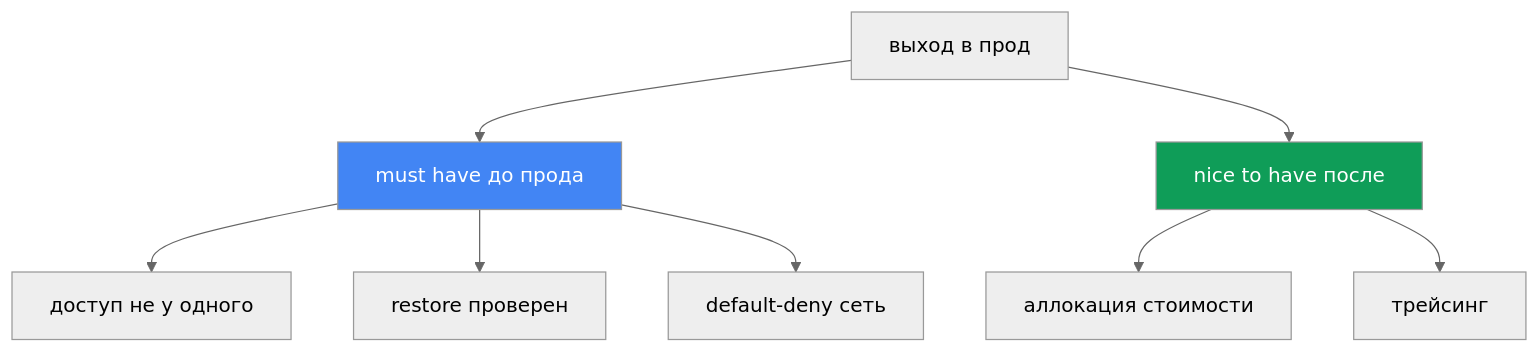
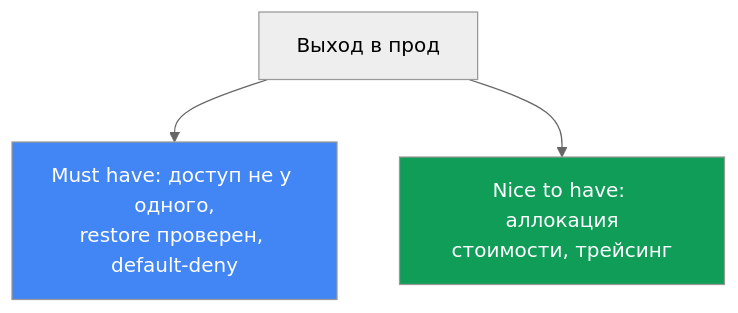
One commit to ViktorUJ/cks changed the second of 2 diagrams in tasks/eks/course/48/ru.md. Above: the diagram before and after it, drawn with Mermaid (neutral theme). The commit also changed other lines of this file and 52 other files, not shown here.

````diff
--- a/tasks/eks/course/48/ru.md
+++ b/tasks/eks/course/48/ru.md
@@ -186,20 +180,7 @@
 ```mermaid
 flowchart TB
-    prod["выход в прод"]
-    must["must have до прода"]
-    nice["nice to have после"]
-    access["доступ не у одного"]
-    backup["restore проверен"]
-    deny["default-deny сеть"]
-    cost["аллокация стоимости"]
-    trace["трейсинг"]
-    prod --> must
-    prod --> nice
-    must --> access
-    must --> backup
-    must --> deny
-    nice --> cost
-    nice --> trace
+    prod["Выход в прод"] --> must["Must have: доступ не у одного,<br/>restore проверен, default-deny"]
+    prod --> nice["Nice to have: аллокация<br/>стоимости, трейсинг"]
     style must fill:#4285f4,color:#fff
     style nice fill:#0f9d58,color:#fff
 ```
````
